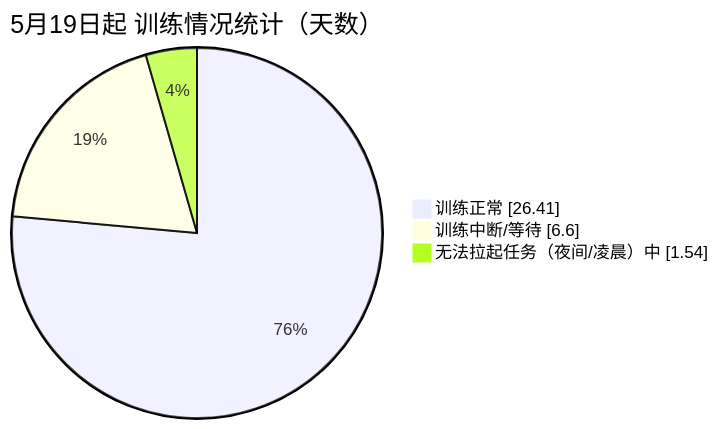
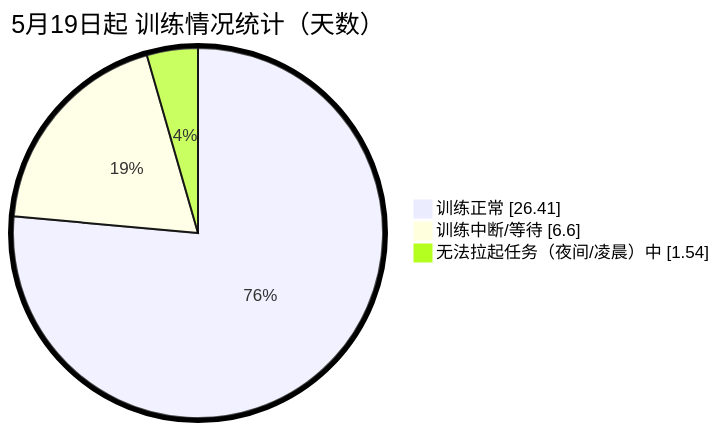
Before and after one commit to YingxuH/DataSciencePosts: the diagram in docs/olmo_1b_training_log.md, drawn with Mermaid.

Commit message:
correct olmo pretrain log

````diff
--- a/docs/olmo_1b_training_log.md
+++ b/docs/olmo_1b_training_log.md
@@ -8,8 +8,8 @@
 ```mermaid
-%%finit: ("pie": ("textPosition": 0.5}, "themeVariables": {"pieOuterStrokeWidth": "5px")} 1%% 
+%%{init: {"pie": {"textPosition": 0.5}, "themeVariables": {"pieOuterStrokeWidth": "5px"}} }%% 
 pie showData
     title 5月19日起 训练情况统计（天数）
     "训练正常": 26.41
     "训练中断/等待": 6.6
     "无法拉起任务（夜间/凌晨）中": 1.54
 ```
````
